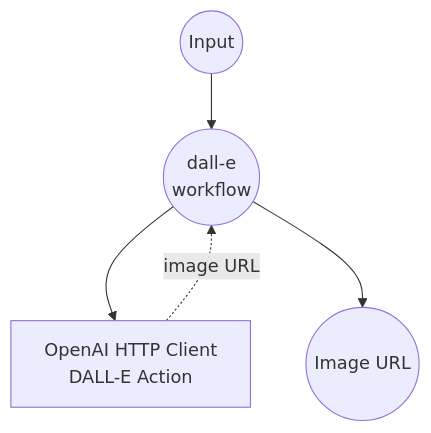
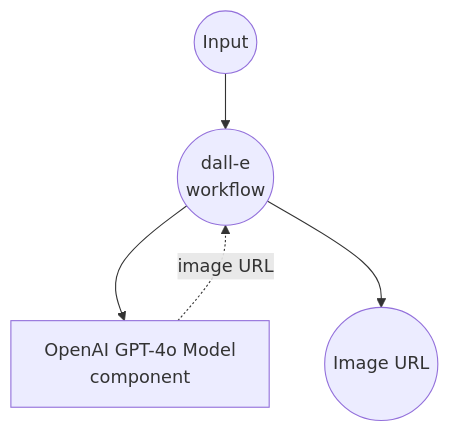
Before and after one commit to hanyeol/model-compose: the first of 2 diagrams in examples/openai-image-generations/README.md, drawn with Mermaid. The commit also changed 2 other files, not shown here.

Commit message:
Add README.md for examples

````diff
--- a/examples/openai-image-generations/README.md
+++ b/examples/openai-image-generations/README.md
@@ -115,16 +115,16 @@
 ```mermaid
 graph TD
     %% Default job (implicit)
     J1((dall-e<br/>workflow))
 
     %% Component
-    C1[OpenAI HTTP Client<br/>DALL-E Action]
+    C1[OpenAI GPT-4o Model<br/>component]
 
     %% Job to component connections
     J1 --> C1
     C1 -.-> |image URL| J1
 
     %% Input/Output
     Input((Input)) --> J1
     J1 --> Output((Image URL))
 ```
````
